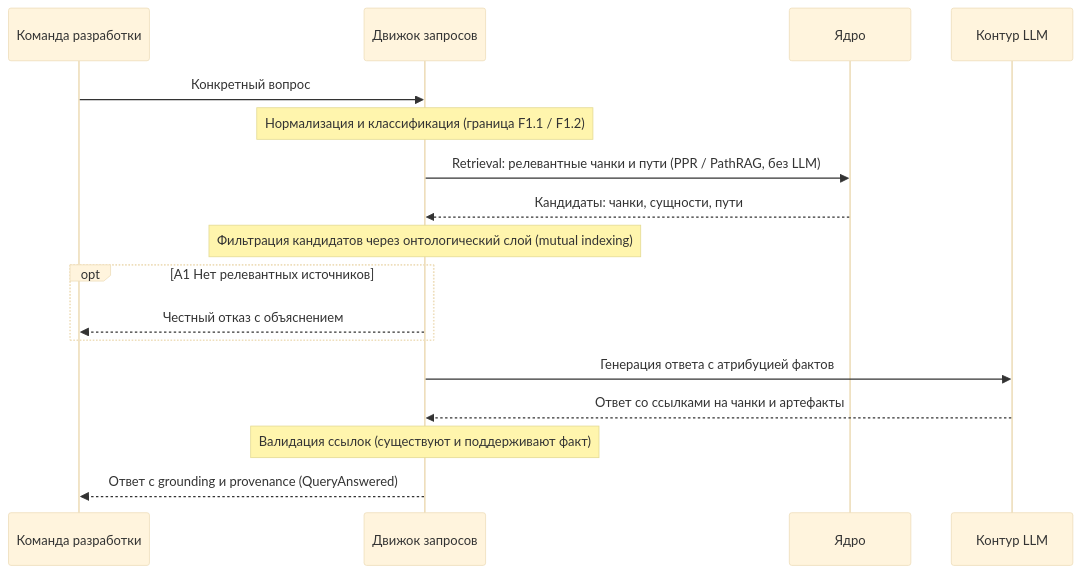
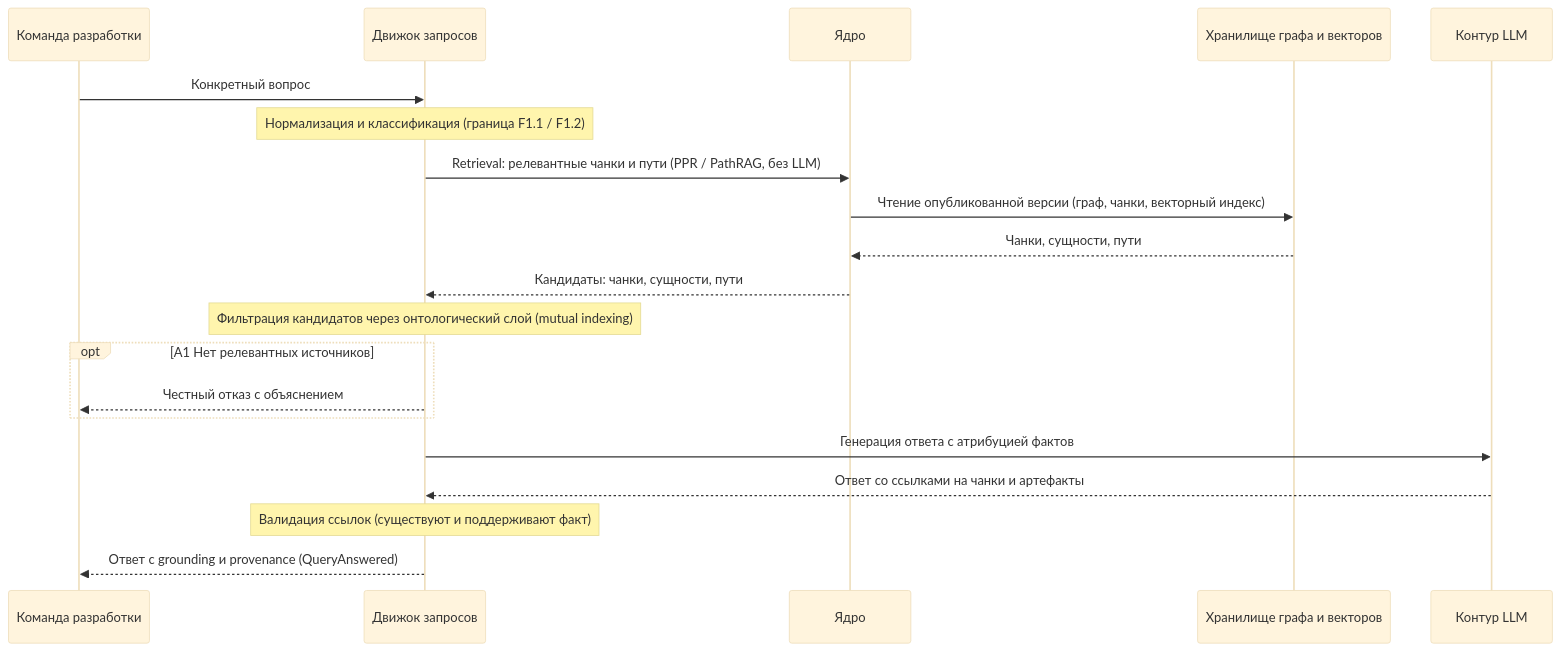
Before and after one commit to n-marusov/graphrag: the diagram in specs/use-cases/UC-answers.grounding.cited-answer.md, drawn with Mermaid (base theme). The commit also changed other lines of this file and 5 other files, not shown here.

First line of the commit message:
docs(use-cases): add storage container to UC diagrams

````diff
--- a/specs/use-cases/UC-answers.grounding.cited-answer.md
+++ b/specs/use-cases/UC-answers.grounding.cited-answer.md
@@ -15,22 +15,25 @@
 ```mermaid
 sequenceDiagram
     participant User as Команда разработки
     participant QE as Движок запросов
     participant Core as Ядро
+    participant Store as Хранилище графа и векторов
     participant LLM as Контур LLM
 
     User->>QE: Конкретный вопрос
     Note over QE: Нормализация и классификация (граница F1.1 / F1.2)
     QE->>Core: Retrieval: релевантные чанки и пути (PPR / PathRAG, без LLM)
+    Core->>Store: Чтение опубликованной версии (граф, чанки, векторный индекс)
+    Store-->>Core: Чанки, сущности, пути
     Core-->>QE: Кандидаты: чанки, сущности, пути
     Note over QE: Фильтрация кандидатов через онтологический слой (mutual indexing)
 
     opt A1 Нет релевантных источников
         QE-->>User: Честный отказ с объяснением
     end
 
     QE->>LLM: Генерация ответа с атрибуцией фактов
     LLM-->>QE: Ответ со ссылками на чанки и артефакты
     Note over QE: Валидация ссылок (существуют и поддерживают факт)
     QE-->>User: Ответ с grounding и provenance (QueryAnswered)
 ```
````
